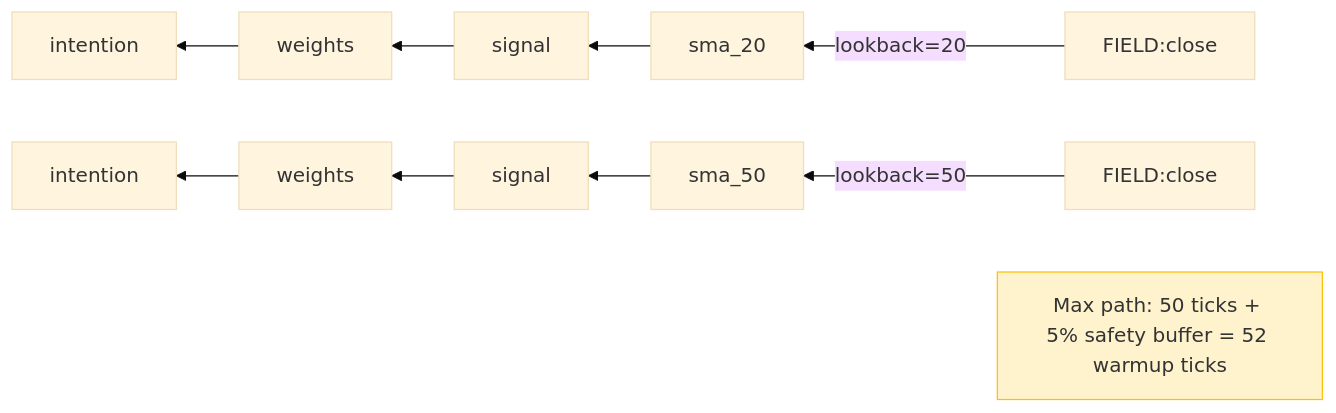
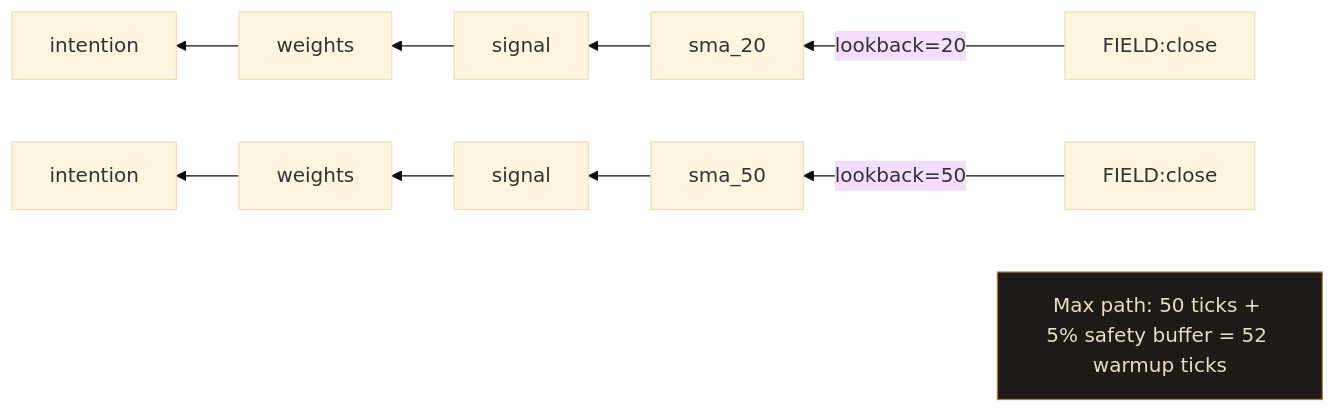
One commit to Clypt/docs changed the first of 3 diagrams in backtesting/lookahead-bias-prevention.mdx. Above: the diagram before and after it, drawn with Mermaid (base theme). The commit also changed other lines of this file and 12 other files, not shown here.

````diff
--- a/backtesting/lookahead-bias-prevention.mdx
+++ b/backtesting/lookahead-bias-prevention.mdx
@@ -84,7 +84,7 @@
 ```mermaid
 flowchart RL
     FC1["FIELD:close"] -- "lookback=20" --> SMA20["sma_20"] --> SIG1["signal"] --> W1["weights"] --> INT1["intention"]
     FC2["FIELD:close"] -- "lookback=50" --> SMA50["sma_50"] --> SIG2["signal"] --> W2["weights"] --> INT2["intention"]
     MAX["Max path: 50 ticks + 5% safety buffer = 52 warmup ticks"]
-    style MAX fill:#fff3cd,stroke:#ffc107
+    style MAX fill:#1e1b16,stroke:#a1854a,color:#e8dcc4
 ```
````
